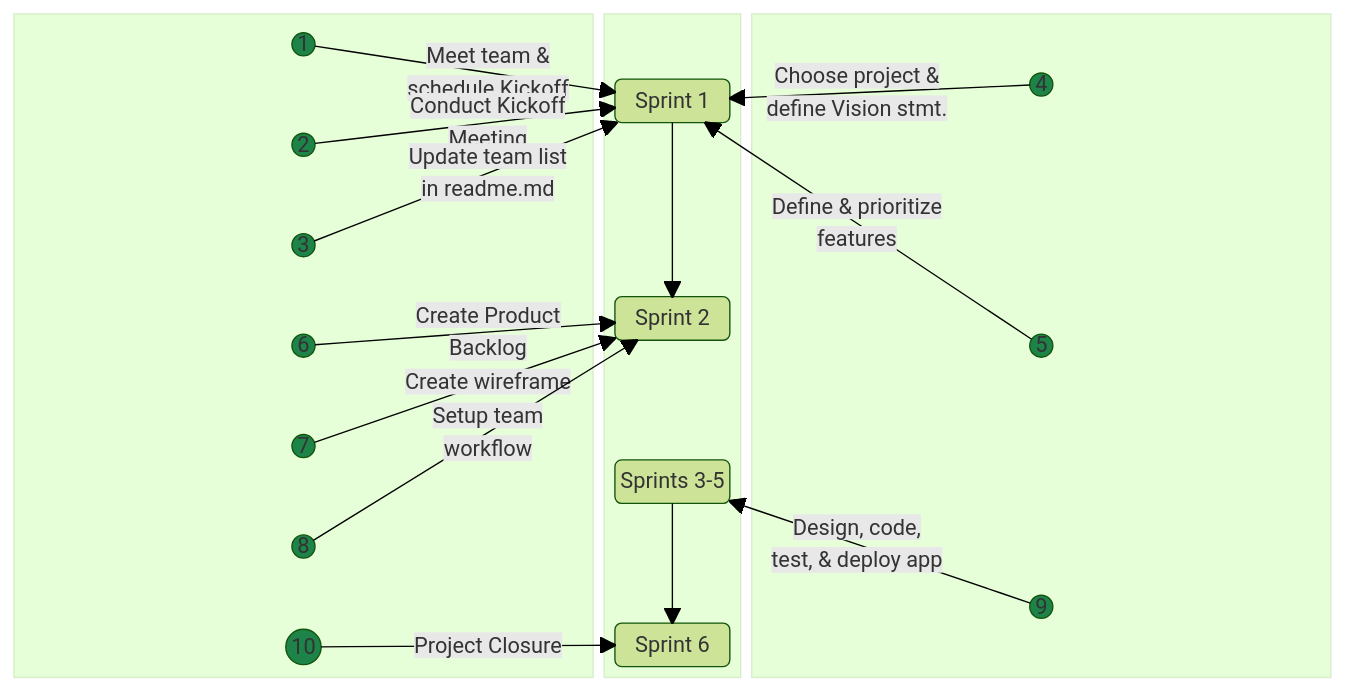
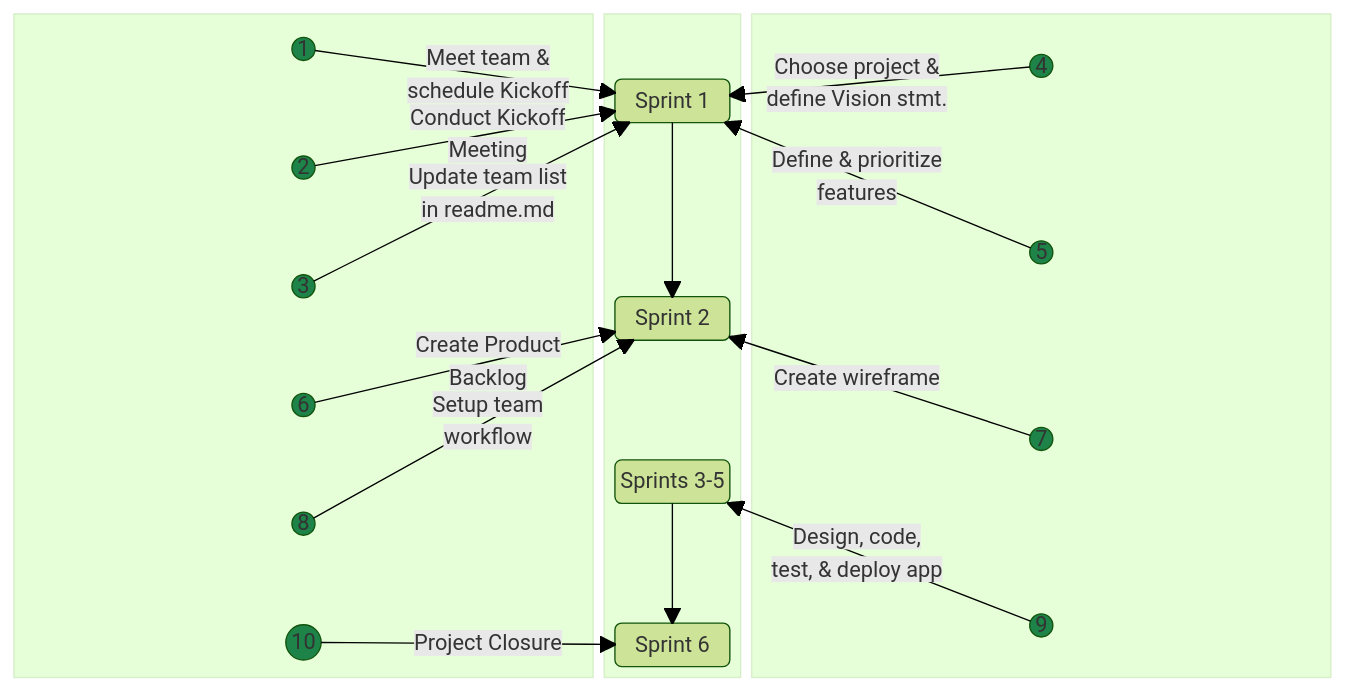
Before and after one commit to jdmedlock/mermaid_testing: the diagram in README.md, drawn with Mermaid (forest theme). The commit also changed other lines of this file, not shown here.

Commit message:
Feature: Recreate linear sprint diagram

````diff
--- a/README.md
+++ b/README.md
@@ -4,71 +4,71 @@
 ```mermaid
   block-beta
     columns 9
     block:LEFT:4
       columns 1
       A1(("1"))
       space
       A2(("2"))
       space
       A3(("3"))
       space
       A6(("6"))
-      space
-      A7(("7"))
       space
       A8(("8"))
       space
       A10(("10"))
     end
     
     block:CENTER:1
       columns 1
       space
       SPRINT1("Sprint 1")
       space
       space
       space
       SPRINT2("Sprint 2")
       space
       space
       SPRINT35("Sprints 3-5")
       space
       space
       SPRINT6("Sprint 6")
     end
     
     block:RIGHT:4
       columns 1
       A4(("4"))
       space
       A5(("5"))
+      space
+      A7(("7"))
       space
       A9(("9"))
     end
 
     SPRINT1 --> SPRINT2
     SPRINT35 --> SPRINT6
 
     A1 -- "Meet team &</br>schedule Kickoff" --> SPRINT1
     A2 -- "Conduct Kickoff</br>Meeting" --> SPRINT1
     A3 -- "Update team list</br>in readme.md" --> SPRINT1
     A4 -- "Choose project &</br>define Vision stmt." --> SPRINT1
     A5 -- "Define & prioritize</br>features" --> SPRINT1
     A6 -- "Create Product</br>Backlog" --> SPRINT2
     A7 -- "Create wireframe" --> SPRINT2
     A8 -- "Setup team</br>workflow" --> SPRINT2
     A9 -- "Design, code,</br>test, & deploy app" --> SPRINT35
     A10 -- "Project Closure" --> SPRINT6
 
     style A1 fill:#1d8348
     style A2 fill:#1d8348
     style A3 fill:#1d8348
     style A4 fill:#1d8348
     style A5 fill:#1d8348
     style A6 fill:#1d8348
     style A7 fill:#1d8348
     style A8 fill:#1d8348
     style A9 fill:#1d8348
     style A10 fill:#1d8348
 
 ```
````
